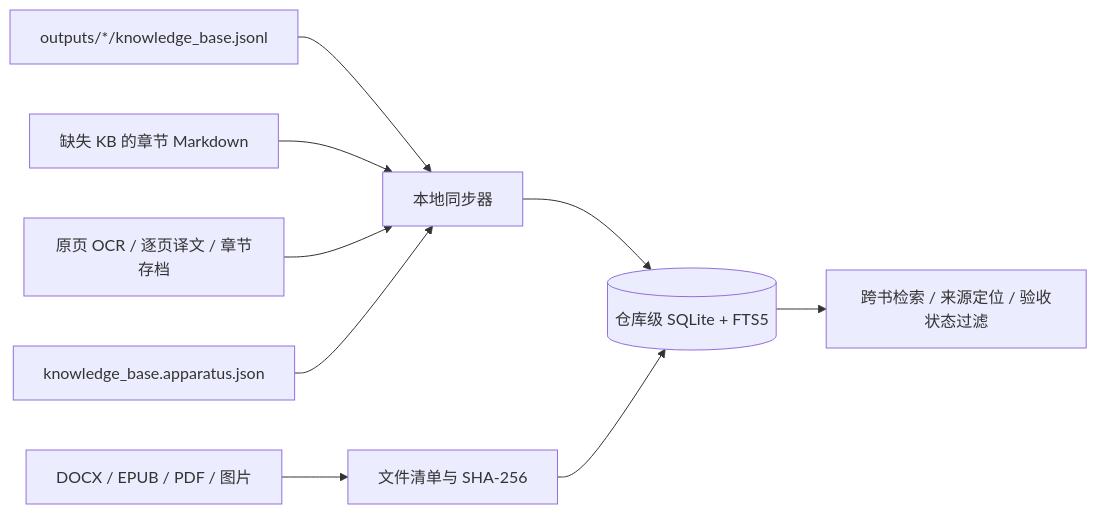
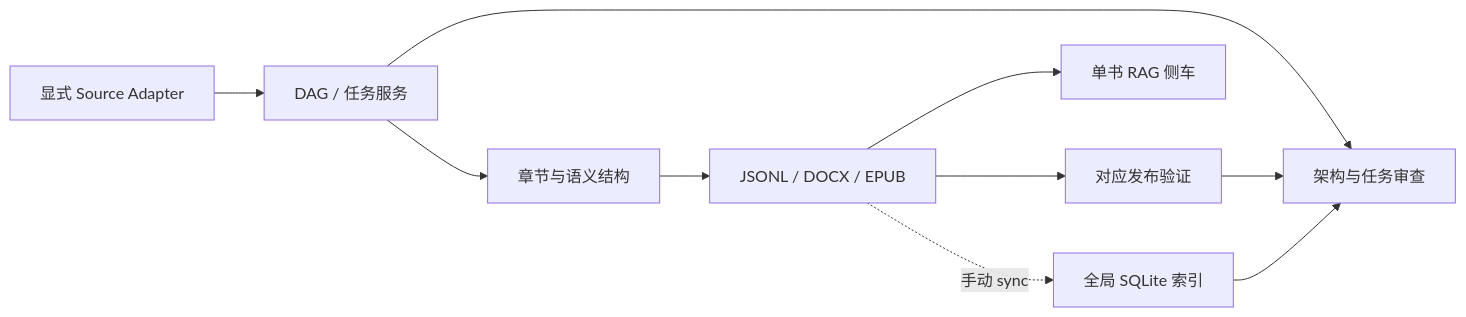
One commit to 693623649-border/translation-agent changed the diagram in README.md. Above: the diagram before and after it, drawn with Mermaid. The commit also changed other lines of this file and 20 other files, not shown here.

````diff
--- a/README.md
+++ b/README.md
@@ -1284,11 +133,12 @@
 ```mermaid
 flowchart LR
-  A[outputs/*/knowledge_base.jsonl] --> D[本地同步器]
-  B[缺失 KB 的章节 Markdown] --> D
-  C[原页 OCR / 逐页译文 / 章节存档] --> D
-  P[knowledge_base.apparatus.json] --> D
-  D --> E[(仓库级 SQLite + FTS5)]
-  F[DOCX / EPUB / PDF / 图片] --> G[文件清单与 SHA-256]
-  G --> E
-  E --> H[跨书检索 / 来源定位 / 验收状态过滤]
+    S[显式 Source Adapter] --> G[DAG / 任务服务]
+    G --> C[章节与语义结构]
+    C --> P[JSONL / DOCX / EPUB]
+    P --> V[对应发布验证]
+    P --> R[单书 RAG 侧车]
+    P -. 手动 sync .-> Q[全局 SQLite 索引]
+    G --> A[架构与任务审查]
+    V --> A
+    Q --> A
 ```
````
